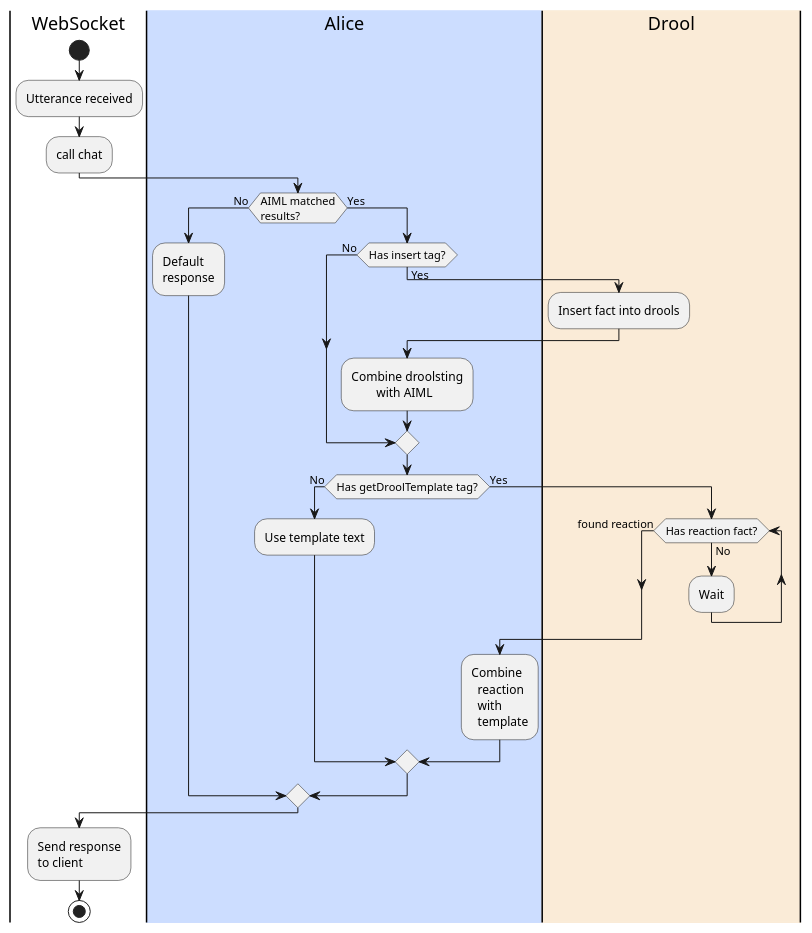
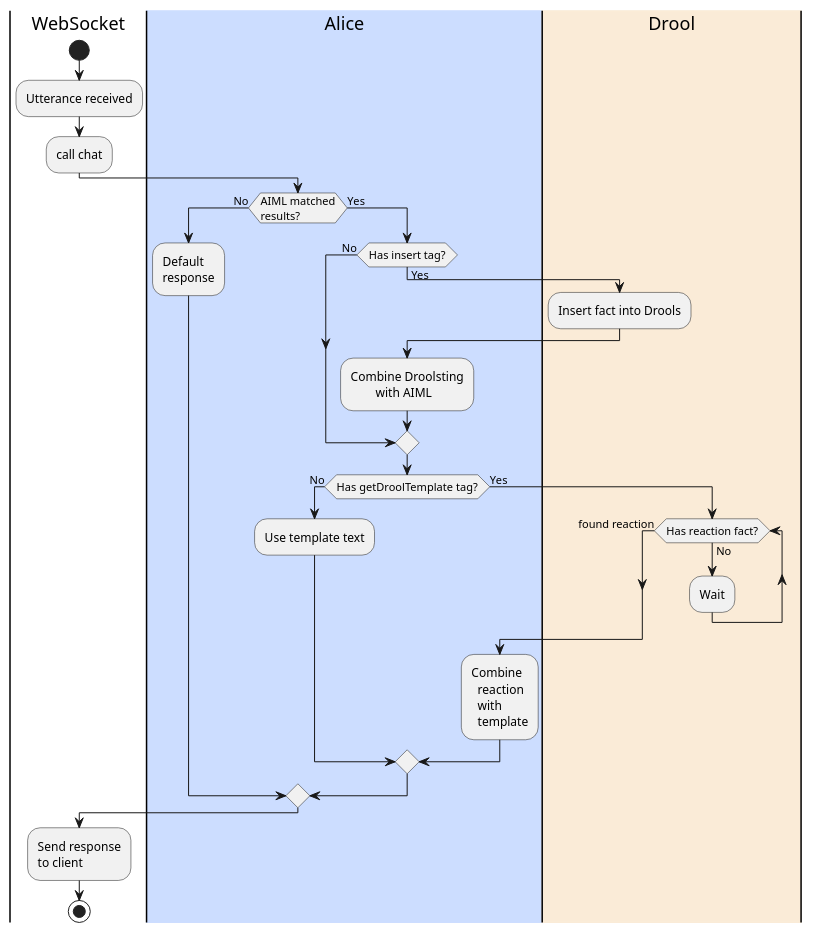
One commit to jappeace/methods-homework changed the sixth of 26 diagrams in thesis/thesis.org. Above: the diagram before and after it, drawn with PlantUML. The commit also changed other lines of this file, not shown here.

Commit message:
drools -> Drools

```diff
--- a/thesis/thesis.org
+++ b/thesis/thesis.org
@@ -1572,38 +1572,38 @@
 #+BEGIN_SRC plantuml :cache yes :file img/uml/utterance-proccesing.png :exports results
           |WebSocket|
           start
           :Utterance received;
           :call chat;
           |#CCDDFF|Alice|
           if (AIML matched
           results?) then (No)
           :Default
           response;
           else (Yes)
           if (Has insert tag?) then (No)
           else (Yes)
           |#AntiqueWhite|Drool|
-          :Insert fact into drools;
+          :Insert fact into Drools;
           |#CCDDFF|Alice|
-          :Combine droolsting
+          :Combine Droolsting
                   with AIML;
           endif
           if (Has getDroolTemplate tag?) then (No)
           :Use template text;
           else (Yes)
           |#AntiqueWhite|Drool|
           while (Has reaction fact?) is (No)
           :Wait;
           endwhile (found reaction)
           |#CCDDFF|Alice|
           :Combine
             reaction
             with
             template;
           endif
           endif
           |WebSocket|
           :Send response
           to client;
           stop
 #+END_SRC
```
